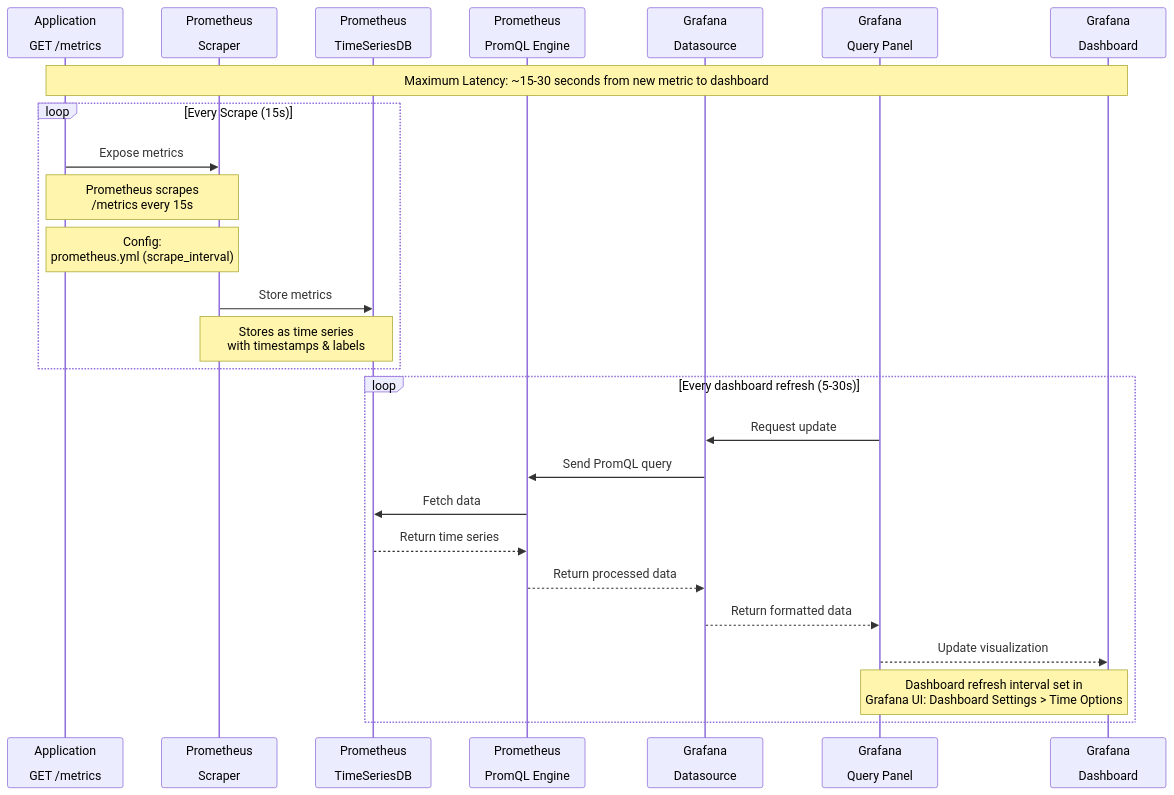
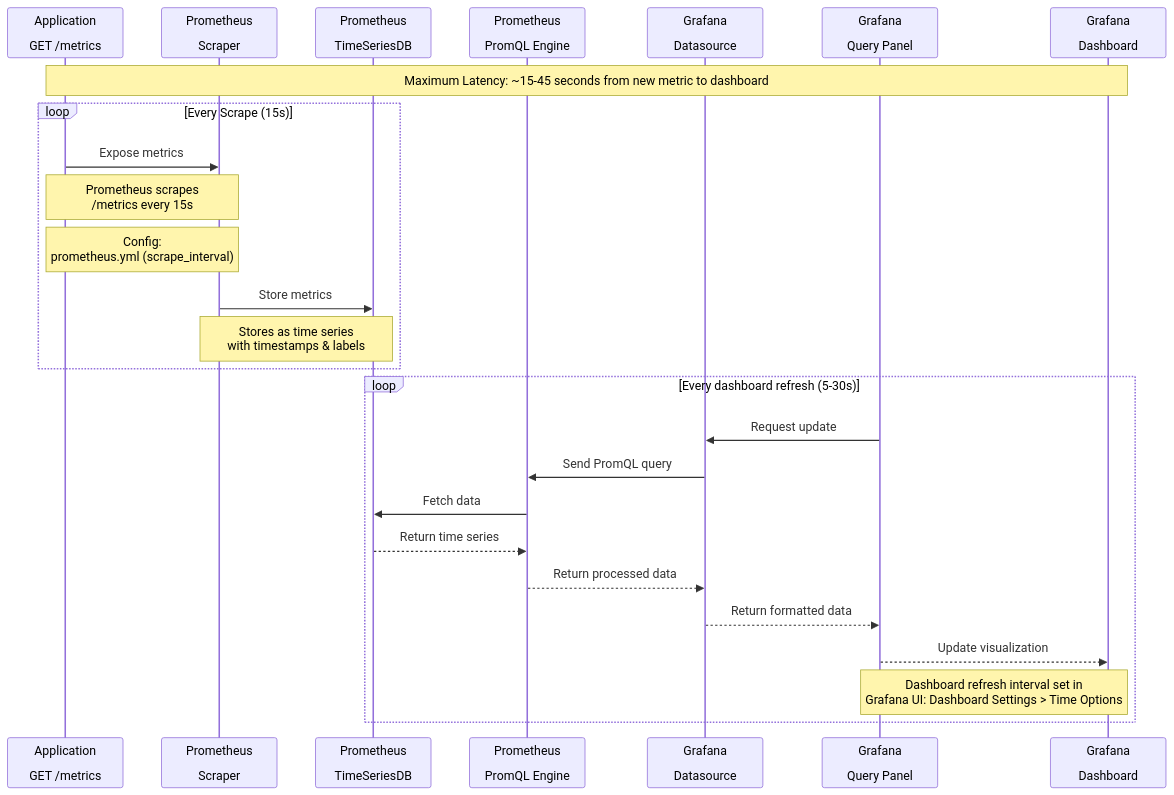
Before and after one commit to agfianf/agfianf.github.io: the second of 2 diagrams in docs/blog/posts/fastapi/001-fastapi-red-metrics.md, drawn with Mermaid. The commit also changed other lines of this file, not shown here.

````diff
--- a/docs/blog/posts/fastapi/001-fastapi-red-metrics.md
+++ b/docs/blog/posts/fastapi/001-fastapi-red-metrics.md
@@ -87,32 +93,32 @@
     ```mermaid
     sequenceDiagram
         participant App as Application<br><br>GET /metrics
         participant Scr as Prometheus<br><br>Scraper
         participant TSDB as Prometheus<br><br>TimeSeriesDB
         participant PE as Prometheus<br><br>PromQL Engine
         participant DS as Grafana<br><br>Datasource
         participant QP as Grafana<br><br>Query Panel
         participant U as Grafana<br><br>Dashboard
 
-        Note over App,U: Maximum Latency: ~15-30 seconds from new metric to dashboard
+        Note over App,U: Maximum Latency: ~15-45 seconds from new metric to dashboard
         
         loop Every Scrape (15s)
             App->>Scr: Expose metrics
             Note over App,Scr: Prometheus scrapes <br>/metrics every 15s
             Note over App,Scr: Config:<br>prometheus.yml (scrape_interval)
             
             Scr->>TSDB: Store metrics
             Note over Scr,TSDB: Stores as time series<br> with timestamps & labels
         end
         
         loop Every dashboard refresh (5-30s)
             QP->>DS: Request update
             DS->>PE: Send PromQL query
             PE->>TSDB: Fetch data
             TSDB-->>PE: Return time series
             PE-->>DS: Return processed data
             DS-->>QP: Return formatted data
             QP-->>U: Update visualization
             Note over QP,U: Dashboard refresh interval set in<br>Grafana UI: Dashboard Settings > Time Options
         end
     ```
````
